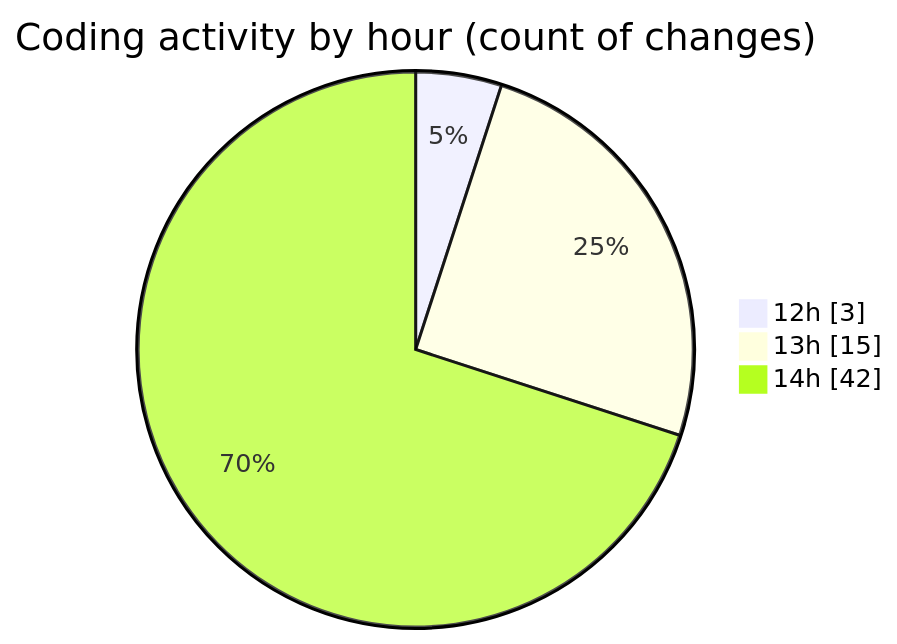
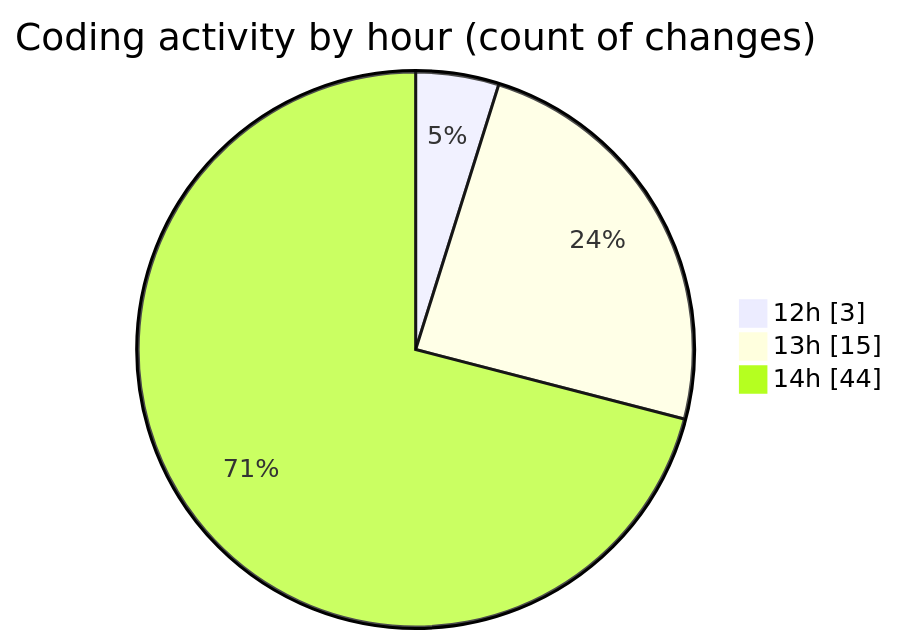
The second of 2 diagrams in 2026-02-26/car_database/README.md (momahboobian/code-tracking), drawn with Mermaid before and after one commit. The commit also changed other lines of this file and 1 other file, not shown here.

````diff
--- a/2026-02-26/car_database/README.md
+++ b/2026-02-26/car_database/README.md
@@ -54,7 +55,7 @@
 ```mermaid
 pie showData
 title Coding activity by hour (count of changes)
 "12h" : 3
 "13h" : 15
-"14h" : 42
+"14h" : 44
 ```
````
